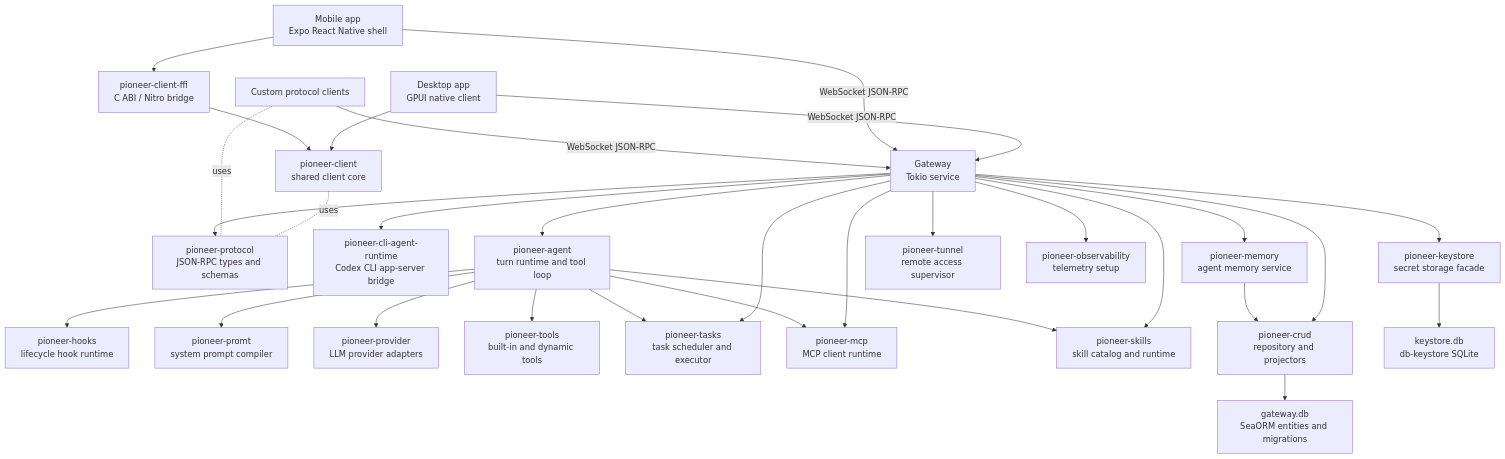
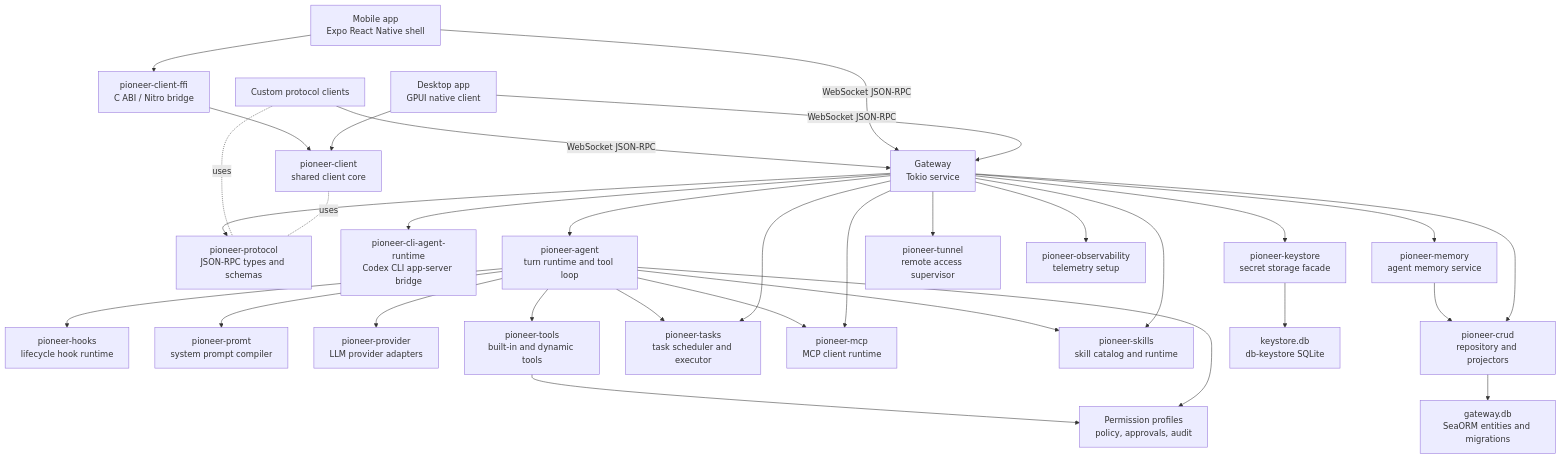
The diagram in architecture/overview.mdx (pioneerdotai/docs), drawn with Mermaid before and after one commit. The commit also changed other lines of this file and 34 other files, not shown here.

````diff
--- a/architecture/overview.mdx
+++ b/architecture/overview.mdx
@@ -50,57 +53,60 @@
 ```mermaid
 flowchart TB
   Desktop["Desktop app\nGPUI native client"]
   Mobile["Mobile app\nExpo React Native shell"]
   Custom["Custom protocol clients"]
   ClientCore["pioneer-client\nshared client core"]
   ClientFFI["pioneer-client-ffi\nC ABI / Nitro bridge"]
 
   Gateway["Gateway\nTokio service"]
   Protocol["pioneer-protocol\nJSON-RPC types and schemas"]
   CLIRuntime["pioneer-cli-agent-runtime\nCodex CLI app-server bridge"]
   Agent["pioneer-agent\nturn runtime and tool loop"]
   Hooks["pioneer-hooks\nlifecycle hook runtime"]
   Prompt["pioneer-promt\nsystem prompt compiler"]
   Providers["pioneer-provider\nLLM provider adapters"]
   Tools["pioneer-tools\nbuilt-in and dynamic tools"]
+  Permissions["Permission profiles\npolicy, approvals, audit"]
   Memory["pioneer-memory\nagent memory service"]
   Tasks["pioneer-tasks\ntask scheduler and executor"]
   MCP["pioneer-mcp\nMCP client runtime"]
   Skills["pioneer-skills\nskill catalog and runtime"]
   CRUD["pioneer-crud\nrepository and projectors"]
   Keystore["pioneer-keystore\nsecret storage facade"]
   Tunnel["pioneer-tunnel\nremote access supervisor"]
   Observability["pioneer-observability\ntelemetry setup"]
   GatewayDB["gateway.db\nSeaORM entities and migrations"]
   KeystoreDB["keystore.db\ndb-keystore SQLite"]
 
   Desktop -->|"WebSocket JSON-RPC"| Gateway
   Mobile -->|"WebSocket JSON-RPC"| Gateway
   Custom -->|"WebSocket JSON-RPC"| Gateway
   Desktop --> ClientCore
   Mobile --> ClientFFI
   ClientFFI --> ClientCore
   ClientCore -. uses .- Protocol
   Custom -. uses .- Protocol
   Gateway --> Protocol
   Gateway --> CLIRuntime
   Gateway --> Agent
   Gateway --> Tasks
   Gateway --> MCP
   Gateway --> Memory
   Gateway --> Skills
   Gateway --> CRUD
   Gateway --> Keystore
   Gateway --> Tunnel
   Gateway --> Observability
   Agent --> Hooks
   Agent --> Prompt
   Agent --> Providers
   Agent --> Tools
+  Agent --> Permissions
   Agent --> Skills
   Agent --> MCP
   Agent --> Tasks
+  Tools --> Permissions
   Memory --> CRUD
   CRUD --> GatewayDB
   Keystore --> KeystoreDB
 ```
````
